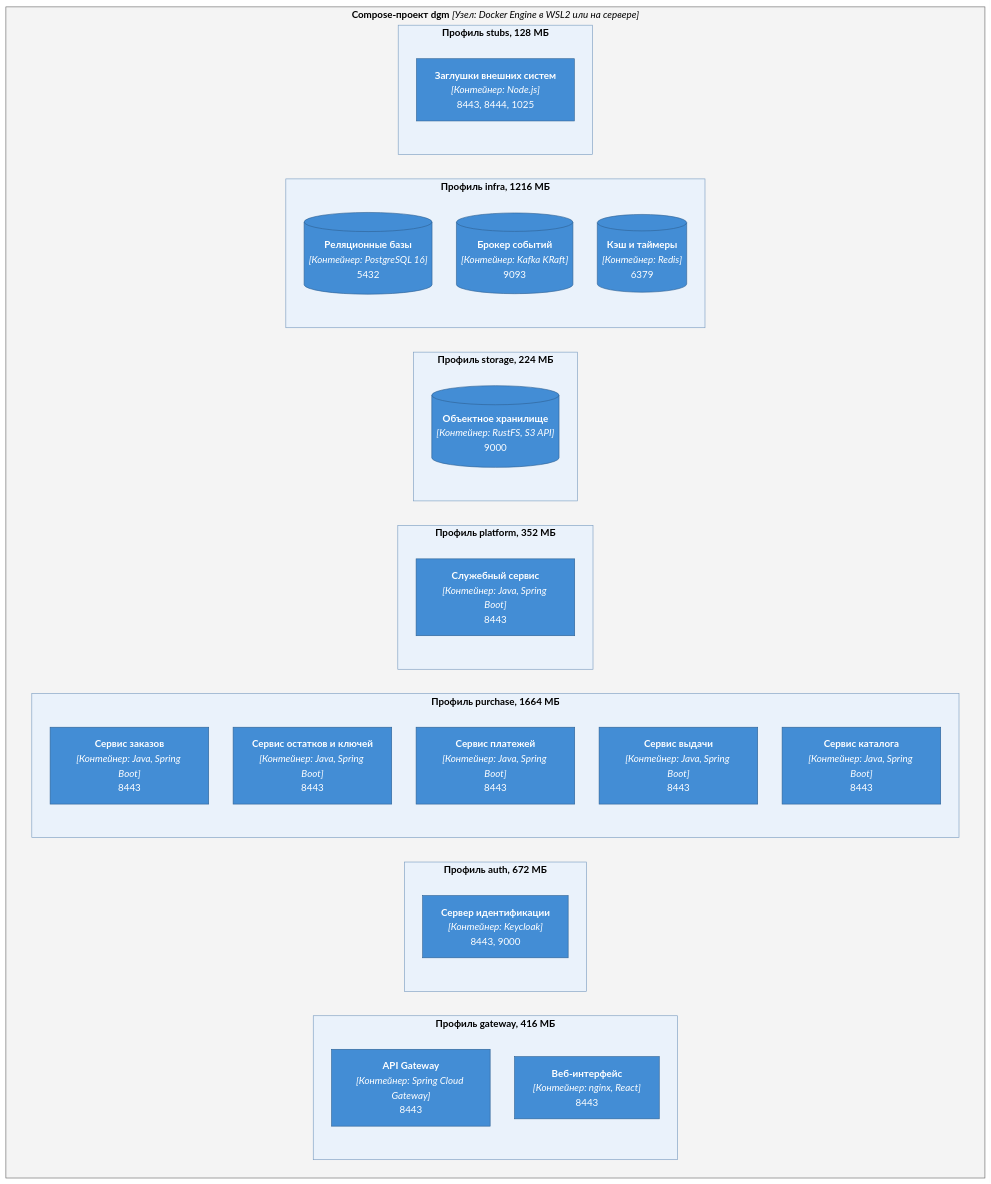
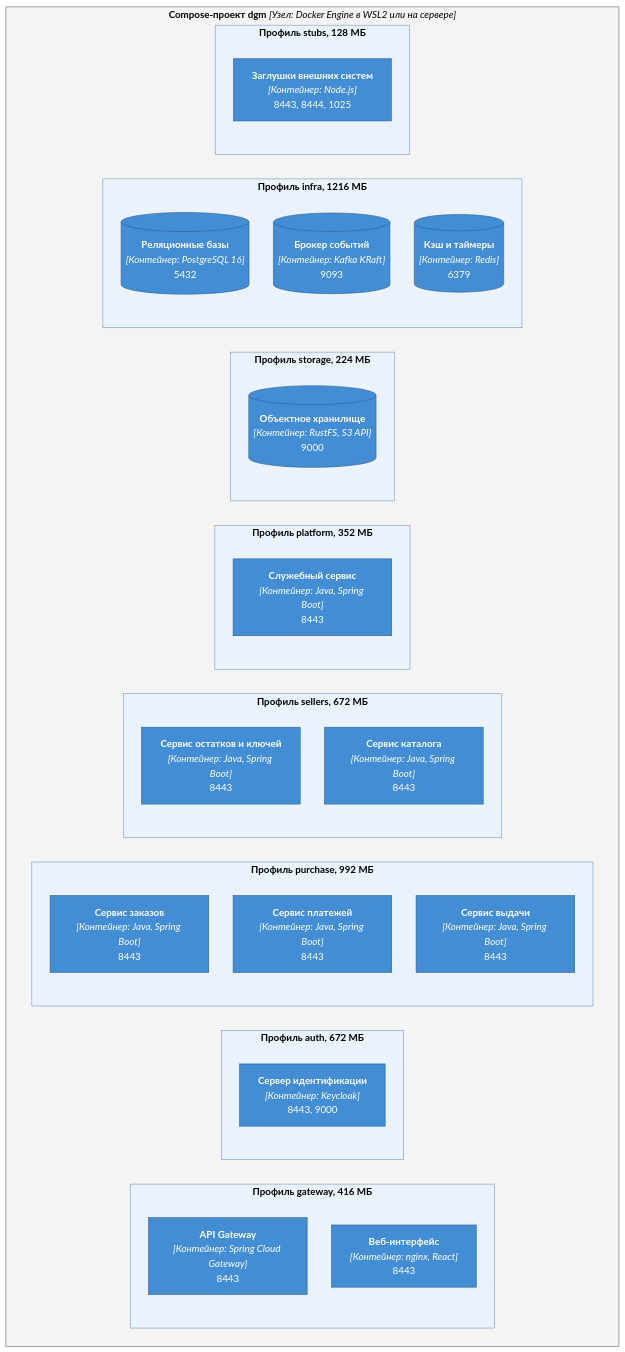
The second of 5 diagrams in docs/05-architecture/c4-deployment.md (Lapin143/digital-goods-marketplace), drawn with Mermaid before and after one commit. The commit also changed other lines of this file and 9 other files, not shown here.

````diff
--- a/docs/05-architecture/c4-deployment.md
+++ b/docs/05-architecture/c4-deployment.md
@@ -78,45 +78,48 @@
 ```mermaid
 %%{init: {"theme":"base","themeVariables":{"edgeLabelBackground":"#ffffff","lineColor":"#444444"},"flowchart": {"nodeSpacing": 40, "rankSpacing": 60, "curve": "basis"}}}%%
 flowchart TB
     subgraph laptop["<b>Compose-проект dgm</b> <i>[Узел: Docker Engine в WSL2 или на сервере]</i>"]
         subgraph p-gateway["<b>Профиль gateway, 416 МБ</b>"]
             api-gateway["<b>API Gateway</b><br/><i>[Контейнер: Spring Cloud Gateway]</i><br/>8443"]
             web-app["<b>Веб-интерфейс</b><br/><i>[Контейнер: nginx, React]</i><br/>8443"]
         end
         subgraph p-auth["<b>Профиль auth, 672 МБ</b>"]
             keycloak["<b>Сервер идентификации</b><br/><i>[Контейнер: Keycloak]</i><br/>8443, 9000"]
         end
-        subgraph p-purchase["<b>Профиль purchase, 1664 МБ</b>"]
+        subgraph p-purchase["<b>Профиль purchase, 992 МБ</b>"]
             order-service["<b>Сервис заказов</b><br/><i>[Контейнер: Java, Spring Boot]</i><br/>8443"]
-            inventory-service["<b>Сервис остатков и ключей</b><br/><i>[Контейнер: Java, Spring Boot]</i><br/>8443"]
             payment-service["<b>Сервис платежей</b><br/><i>[Контейнер: Java, Spring Boot]</i><br/>8443"]
             delivery-service["<b>Сервис выдачи</b><br/><i>[Контейнер: Java, Spring Boot]</i><br/>8443"]
+        end
+        subgraph p-sellers["<b>Профиль sellers, 672 МБ</b>"]
+            inventory-service["<b>Сервис остатков и ключей</b><br/><i>[Контейнер: Java, Spring Boot]</i><br/>8443"]
             catalog-service["<b>Сервис каталога</b><br/><i>[Контейнер: Java, Spring Boot]</i><br/>8443"]
         end
         subgraph p-platform["<b>Профиль platform, 352 МБ</b>"]
             platform-service["<b>Служебный сервис</b><br/><i>[Контейнер: Java, Spring Boot]</i><br/>8443"]
         end
         subgraph p-storage["<b>Профиль storage, 224 МБ</b>"]
             object-storage[("<b>Объектное хранилище</b><br/><i>[Контейнер: RustFS, S3 API]</i><br/>9000")]
         end
         subgraph p-infra["<b>Профиль infra, 1216 МБ</b>"]
             postgres[("<b>Реляционные базы</b><br/><i>[Контейнер: PostgreSQL 16]</i><br/>5432")]
             kafka[("<b>Брокер событий</b><br/><i>[Контейнер: Kafka KRaft]</i><br/>9093")]
             redis[("<b>Кэш и таймеры</b><br/><i>[Контейнер: Redis]</i><br/>6379")]
         end
         subgraph p-stubs["<b>Профиль stubs, 128 МБ</b>"]
             external-stubs["<b>Заглушки внешних систем</b><br/><i>[Контейнер: Node.js]</i><br/>8443, 8444, 1025"]
         end
     end
 
     classDef container fill:#438dd5,stroke:#2e6295,color:#ffffff
     class api-gateway,web-app,keycloak,order-service,inventory-service,payment-service,delivery-service,catalog-service,platform-service,object-storage,postgres,kafka,redis,external-stubs container
     style laptop fill:#f4f4f4,stroke:#666666,color:#000000
     style p-gateway fill:#eaf2fb,stroke:#7a9cc0,color:#000000
     style p-auth fill:#eaf2fb,stroke:#7a9cc0,color:#000000
     style p-purchase fill:#eaf2fb,stroke:#7a9cc0,color:#000000
+    style p-sellers fill:#eaf2fb,stroke:#7a9cc0,color:#000000
     style p-platform fill:#eaf2fb,stroke:#7a9cc0,color:#000000
     style p-storage fill:#eaf2fb,stroke:#7a9cc0,color:#000000
     style p-infra fill:#eaf2fb,stroke:#7a9cc0,color:#000000
     style p-stubs fill:#eaf2fb,stroke:#7a9cc0,color:#000000
 ```
````
